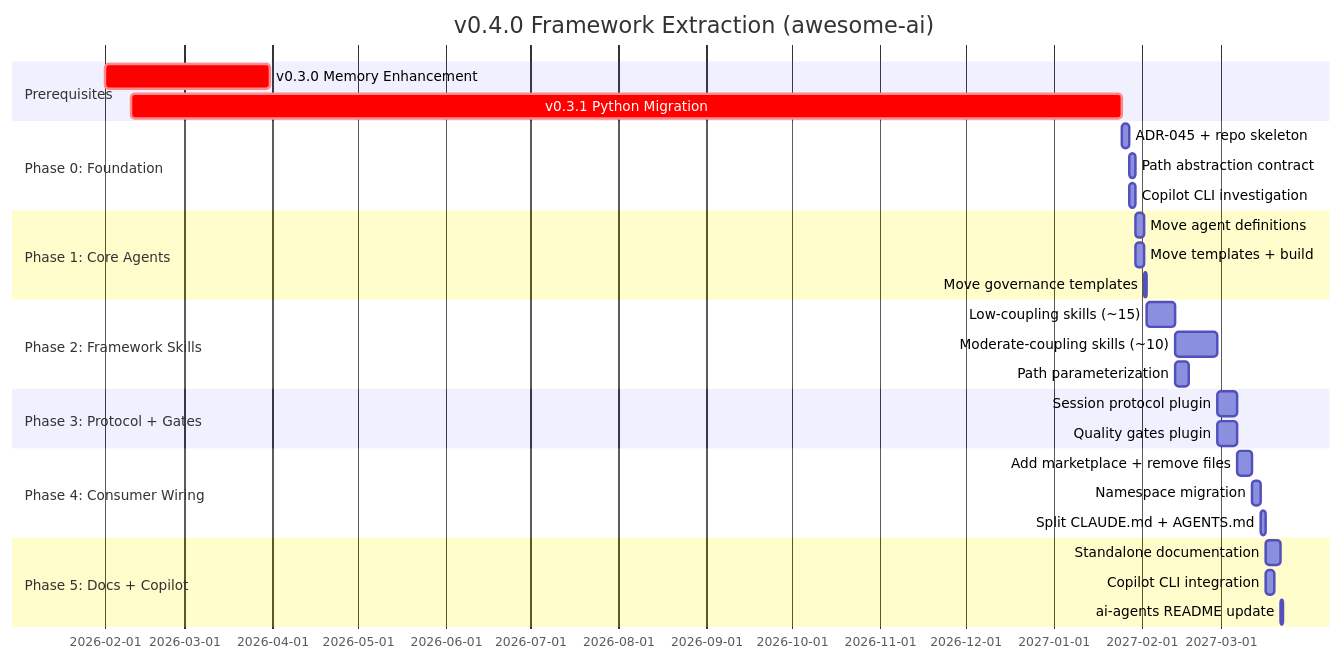
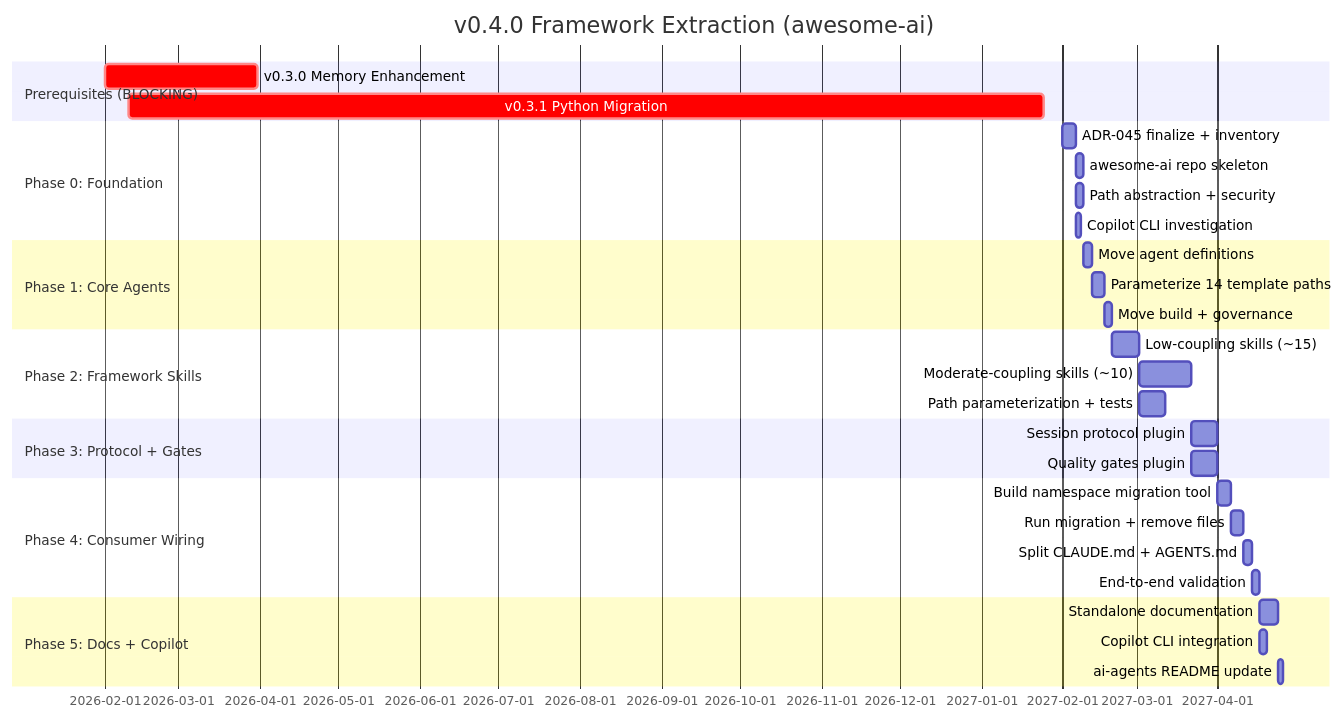
One commit to rjmurillo/ai-agents changed the second of 2 diagrams in .agents/projects/v0.4.0/PLAN.md. Above: the diagram before and after it, drawn with Mermaid. The commit also changed other lines of this file and 3 other files, not shown here.

````diff
--- a/.agents/projects/v0.4.0/PLAN.md
+++ b/.agents/projects/v0.4.0/PLAN.md
@@ -512,38 +689,40 @@
 ```mermaid
 gantt
     title v0.4.0 Framework Extraction (awesome-ai)
     dateFormat YYYY-MM-DD
 
-    section Prerequisites
+    section Prerequisites (BLOCKING)
     v0.3.0 Memory Enhancement     :crit, prereq1, 2026-02-01, 2026-03-31
     v0.3.1 Python Migration       :crit, prereq2, 2026-02-10, 2027-01-25
 
     section Phase 0: Foundation
-    ADR-045 + repo skeleton       :p0a, after prereq2, 3d
-    Path abstraction contract     :p0b, after p0a, 2d
-    Copilot CLI investigation     :p0c, after p0a, 2d
+    ADR-045 finalize + inventory  :p0a, 2027-02-01, 5d
+    awesome-ai repo skeleton      :p0b, after p0a, 3d
+    Path abstraction + security   :p0c, after p0a, 3d
+    Copilot CLI investigation     :p0d, after p0a, 2d
 
     section Phase 1: Core Agents
     Move agent definitions        :p1a, after p0b, 3d
-    Move templates + build        :p1b, after p0b, 3d
-    Move governance templates     :p1c, after p1a, 1d
+    Parameterize 14 template paths:p1b, after p1a, 5d
+    Move build + governance       :p1c, after p1b, 3d
 
     section Phase 2: Framework Skills
     Low-coupling skills (~15)     :p2a, after p1c, 10d
-    Moderate-coupling skills (~10):p2b, after p2a, 15d
-    Path parameterization         :p2c, after p2a, 5d
+    Moderate-coupling skills (~10):p2b, after p2a, 20d
+    Path parameterization + tests :p2c, after p2a, 10d
 
     section Phase 3: Protocol + Gates
-    Session protocol plugin       :p3a, after p2b, 7d
-    Quality gates plugin          :p3b, after p2b, 7d
+    Session protocol plugin       :p3a, after p2b, 10d
+    Quality gates plugin          :p3b, after p2b, 10d
 
     section Phase 4: Consumer Wiring
-    Add marketplace + remove files:p4a, after p3a, 5d
-    Namespace migration           :p4b, after p4a, 3d
-    Split CLAUDE.md + AGENTS.md   :p4c, after p4b, 2d
+    Build namespace migration tool:p4a, after p3a, 5d
+    Run migration + remove files  :p4b, after p4a, 5d
+    Split CLAUDE.md + AGENTS.md   :p4c, after p4b, 3d
+    End-to-end validation         :p4d, after p4c, 3d
 
     section Phase 5: Docs + Copilot
-    Standalone documentation      :p5a, after p4c, 5d
-    Copilot CLI integration       :p5b, after p4c, 3d
-    ai-agents README update       :p5c, after p5a, 1d
+    Standalone documentation      :p5a, after p4d, 7d
+    Copilot CLI integration       :p5b, after p4d, 3d
+    ai-agents README update       :p5c, after p5a, 2d
 ```
````
